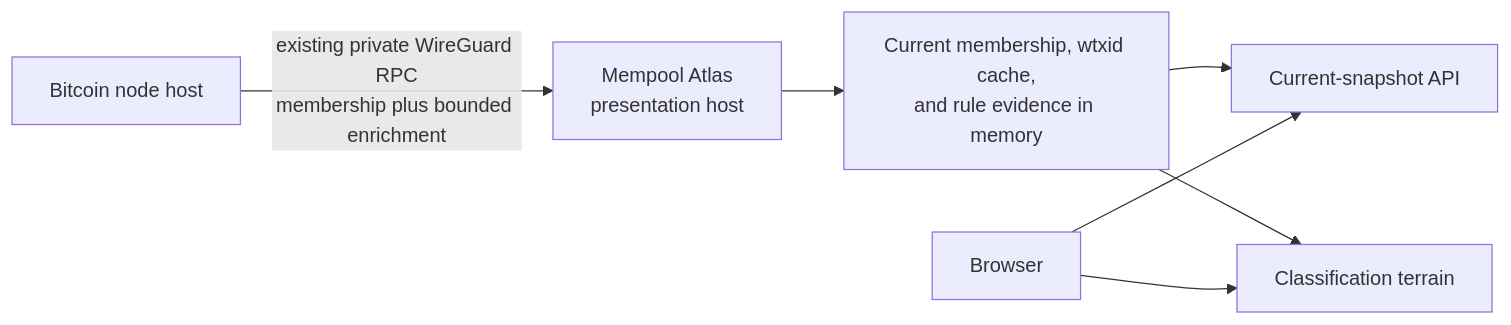
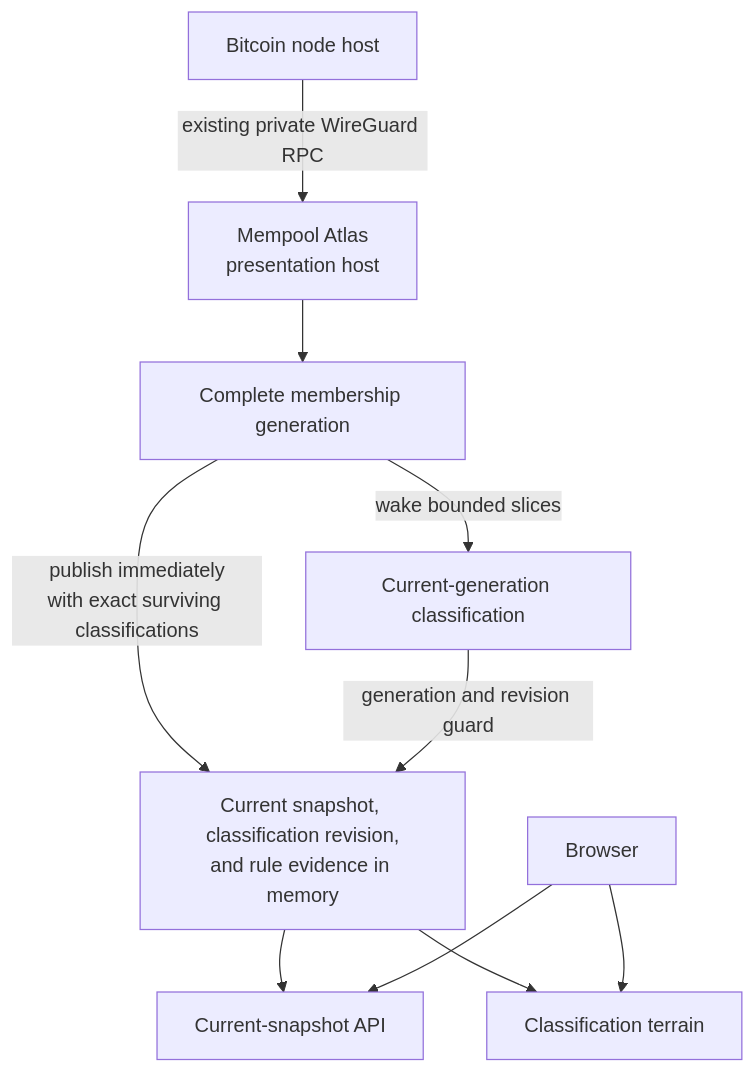
The diagram in README.md (deadmanoz/mempool-atlas), drawn with Mermaid before and after one commit. The commit also changed other lines of this file and 16 other files, not shown here.

Commit message:
perf(atlas): accelerate current classification

````diff
--- a/README.md
+++ b/README.md
@@ -15,9 +15,12 @@
 ```mermaid
-flowchart LR
-    node["Bitcoin node host"] -->|"existing private WireGuard RPC<br/>membership plus bounded enrichment"| atlas["Mempool Atlas<br/>presentation host"]
-    atlas --> current["Current membership, wtxid cache,<br/>and rule evidence in memory"]
+flowchart TB
+    node["Bitcoin node host"] -->|"existing private WireGuard RPC"| atlas["Mempool Atlas<br/>presentation host"]
+    atlas --> membership["Complete membership generation"]
+    membership -->|"publish immediately<br/>with exact surviving classifications"| current["Current snapshot, classification revision,<br/>and rule evidence in memory"]
+    membership -->|"wake bounded slices"| policy["Current-generation classification"]
+    policy -->|"generation and revision guard"| current
     current --> api["Current-snapshot API"]
     current --> web["Classification terrain"]
     browser["Browser"] --> web
     browser --> api
 ```
````
